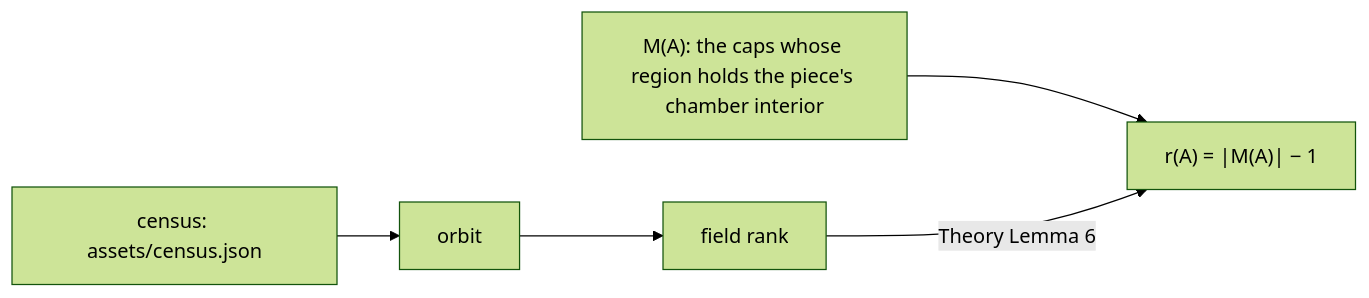
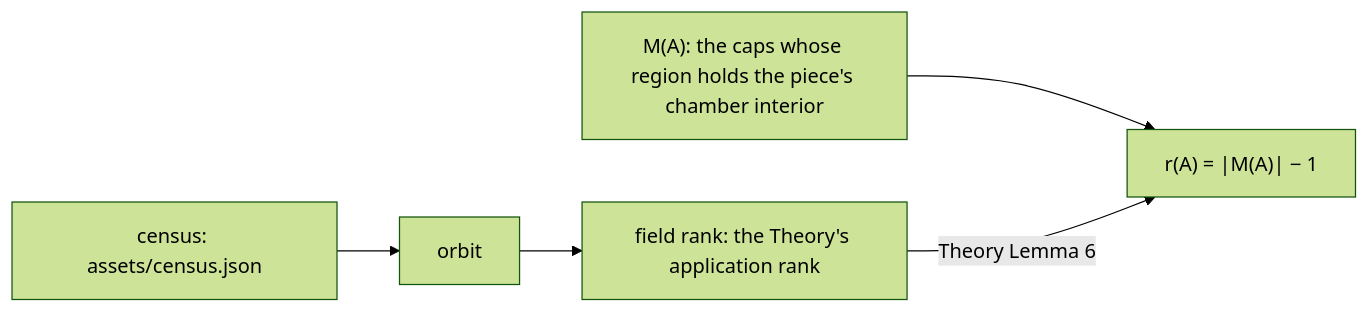
One commit to KonomiYuzu01/Magic-600-Cell changed the diagram in docs/progress/1.0/glossary/diagrams/census-rank.mmd. Above: the diagram before and after it, drawn with Mermaid (forest theme). The commit also changed 11 other files, not shown here.

```diff
--- a/docs/progress/1.0/glossary/diagrams/census-rank.mmd
+++ b/docs/progress/1.0/glossary/diagrams/census-rank.mmd
@@ -1,5 +1,5 @@
 flowchart LR
   C[census: assets/census.json] --> O[orbit]
-  O --> R[field rank]
+  O --> R["field rank: the Theory's application rank"]
   M["M(A): the caps whose region holds the piece's chamber interior"] --> E["r(A) = #124;M(A)#124; − 1"]
   R -->|Theory Lemma 6| E
```
